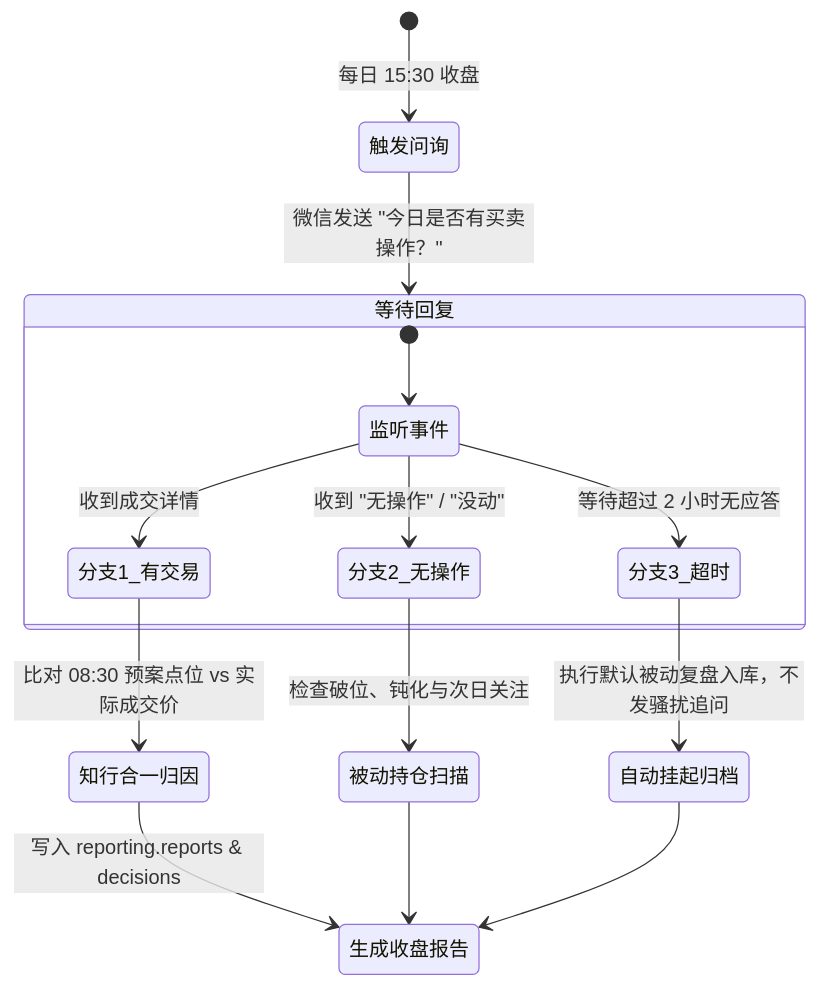
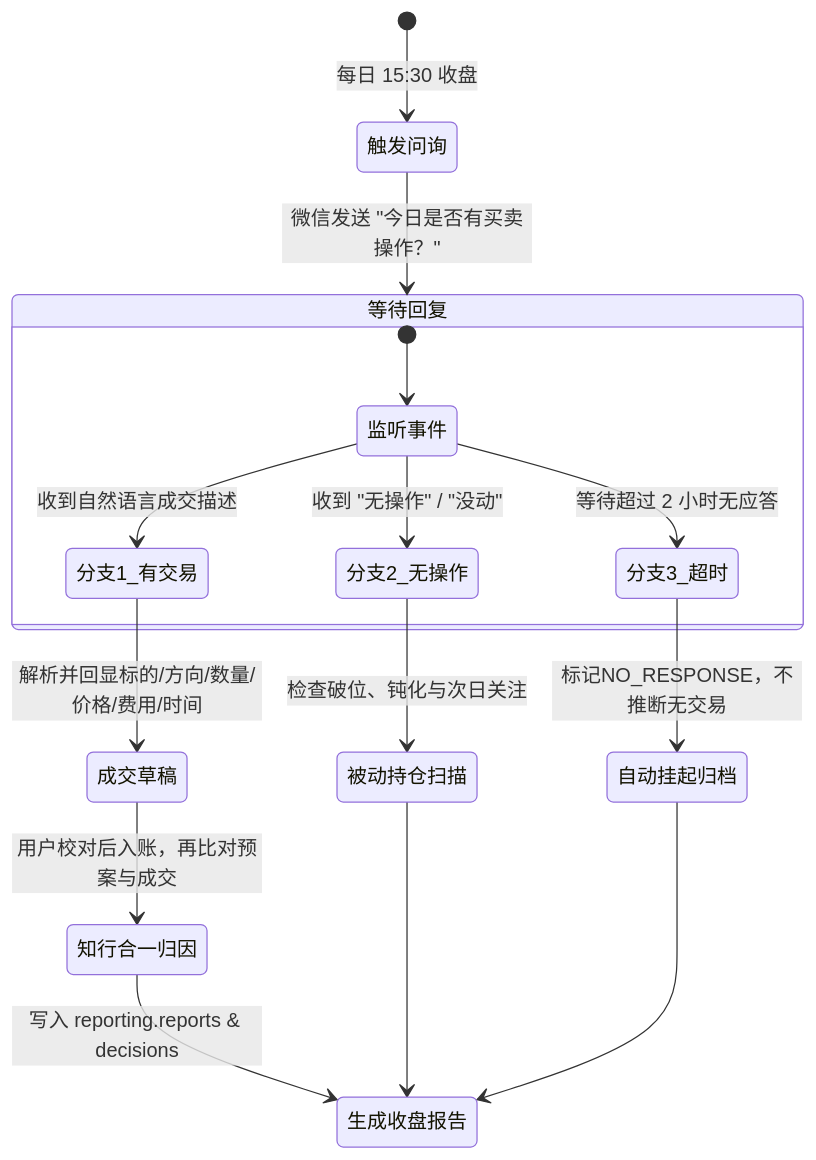
Before and after one commit to sinojelly/wealthsail: the diagram in skills/postmarket_review/SKILL.md, drawn with Mermaid. The commit also changed other lines of this file and 30 other files, not shown here.

First line of the commit message:
docs: align restored WealthSail detail with phased architecture

````diff
--- a/skills/postmarket_review/SKILL.md
+++ b/skills/postmarket_review/SKILL.md
@@ -11,20 +11,21 @@
 ```mermaid
 stateDiagram-v2
     [*] --> 触发问询: 每日 15:30 收盘
     触发问询 --> 等待回复: 微信发送 "今日是否有买卖操作？"
     
     state 等待回复 {
         [*] --> 监听事件
-        监听事件 --> 分支1_有交易: 收到成交详情
+        监听事件 --> 分支1_有交易: 收到自然语言成交描述
         监听事件 --> 分支2_无操作: 收到 "无操作" / "没动"
         监听事件 --> 分支3_超时: 等待超过 2 小时无应答
     }
     
-    分支1_有交易 --> 知行合一归因: 比对 08:30 预案点位 vs 实际成交价
+    分支1_有交易 --> 成交草稿: 解析并回显标的/方向/数量/价格/费用/时间
+    成交草稿 --> 知行合一归因: 用户校对后入账，再比对预案与成交
     分支2_无操作 --> 被动持仓扫描: 检查破位、钝化与次日关注
-    分支3_超时 --> 自动挂起归档: 执行默认被动复盘入库，不发骚扰追问
+    分支3_超时 --> 自动挂起归档: 标记NO_RESPONSE，不推断无交易
     
     知行合一归因 --> 生成收盘报告: 写入 reporting.reports & decisions
     被动持仓扫描 --> 生成收盘报告
     自动挂起归档 --> 生成收盘报告
 ```
````
